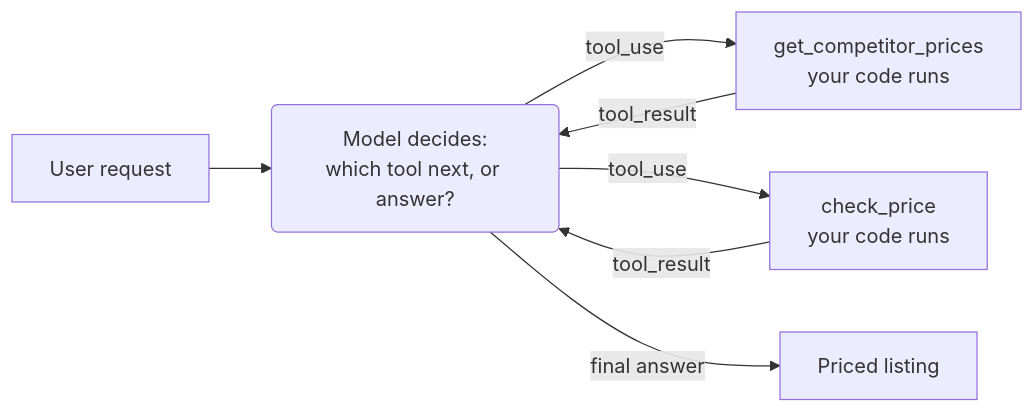
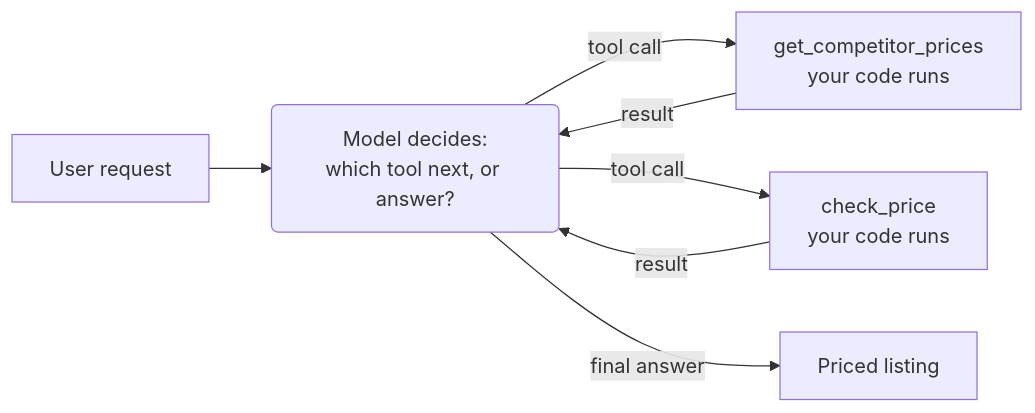
Before and after one commit to AbhiramDwivedi/agentic-engineering: the second of 2 diagrams in docs/the-unit/tool-use.md, drawn with Mermaid. The commit also changed other lines of this file and 12 other files, not shown here.

````diff
--- a/docs/the-unit/tool-use.md
+++ b/docs/the-unit/tool-use.md
@@ -152,9 +248,9 @@
 ```mermaid
 flowchart LR
     U["User request"] --> M("Model decides:<br>which tool next, or answer?")
-    M -- "tool_use" --> T1["get_competitor_prices<br>your code runs"]
-    M -- "tool_use" --> T2["check_price<br>your code runs"]
-    T1 -- "tool_result" --> M
-    T2 -- "tool_result" --> M
+    M -- "tool call" --> T1["get_competitor_prices<br>your code runs"]
+    M -- "tool call" --> T2["check_price<br>your code runs"]
+    T1 -- "result" --> M
+    T2 -- "result" --> M
     M -- "final answer" --> F["Priced listing"]
 ```
````
